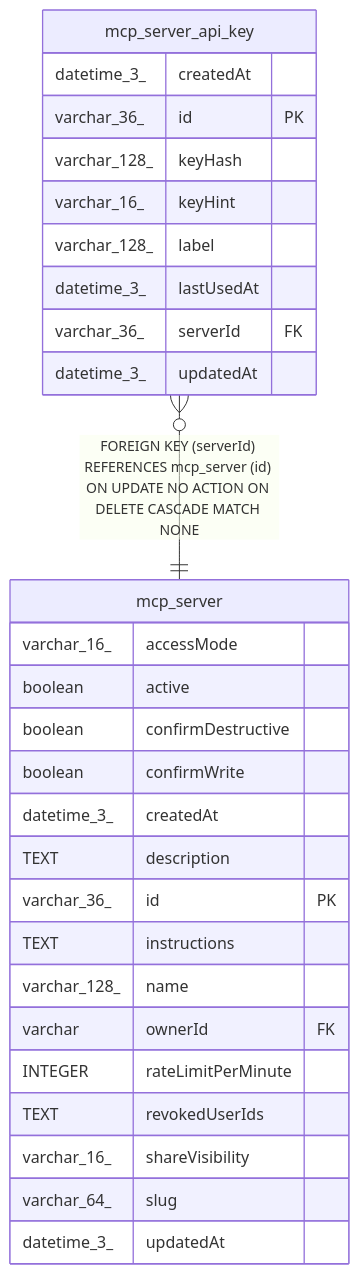
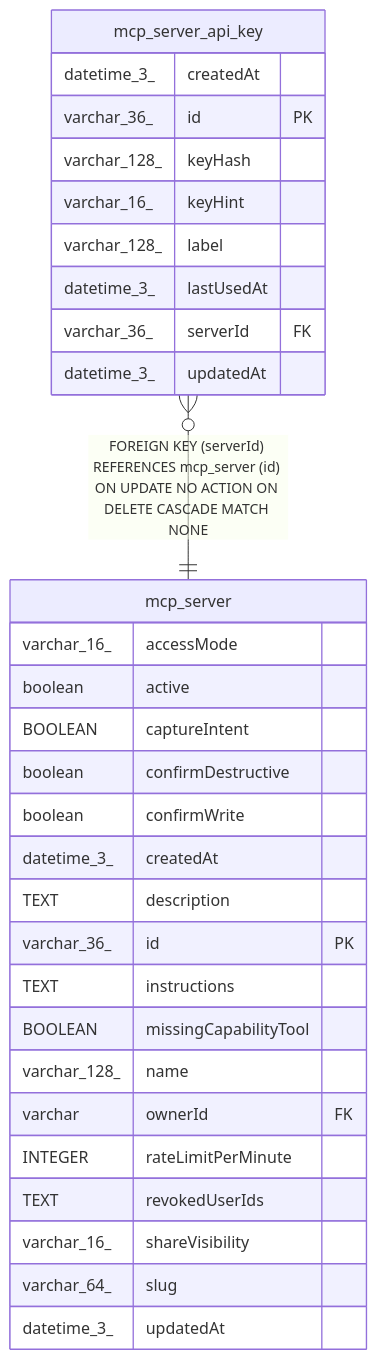
The diagram in docs/generated/sqlite-schema/mcp_server_api_key.md (Kimou-VM/n8n), drawn with Mermaid before and after one commit. The commit also changed 27 other files, not shown here.

Commit message:
feat(core): Add call reason, missing tool requests and sessions to MCP servers (no-changelog)

````diff
--- a/docs/generated/sqlite-schema/mcp_server_api_key.md
+++ b/docs/generated/sqlite-schema/mcp_server_api_key.md
@@ -45,33 +45,35 @@
 ```mermaid
 erDiagram
 
 "mcp_server_api_key" }o--|| "mcp_server" : "FOREIGN KEY (serverId) REFERENCES mcp_server (id) ON UPDATE NO ACTION ON DELETE CASCADE MATCH NONE"
 
 "mcp_server_api_key" {
   datetime_3_ createdAt
   varchar_36_ id PK
   varchar_128_ keyHash
   varchar_16_ keyHint
   varchar_128_ label
   datetime_3_ lastUsedAt
   varchar_36_ serverId FK
   datetime_3_ updatedAt
 }
 "mcp_server" {
   varchar_16_ accessMode
   boolean active
+  BOOLEAN captureIntent
   boolean confirmDestructive
   boolean confirmWrite
   datetime_3_ createdAt
   TEXT description
   varchar_36_ id PK
   TEXT instructions
+  BOOLEAN missingCapabilityTool
   varchar_128_ name
   varchar ownerId FK
   INTEGER rateLimitPerMinute
   TEXT revokedUserIds
   varchar_16_ shareVisibility
   varchar_64_ slug
   datetime_3_ updatedAt
 }
 ```
````
